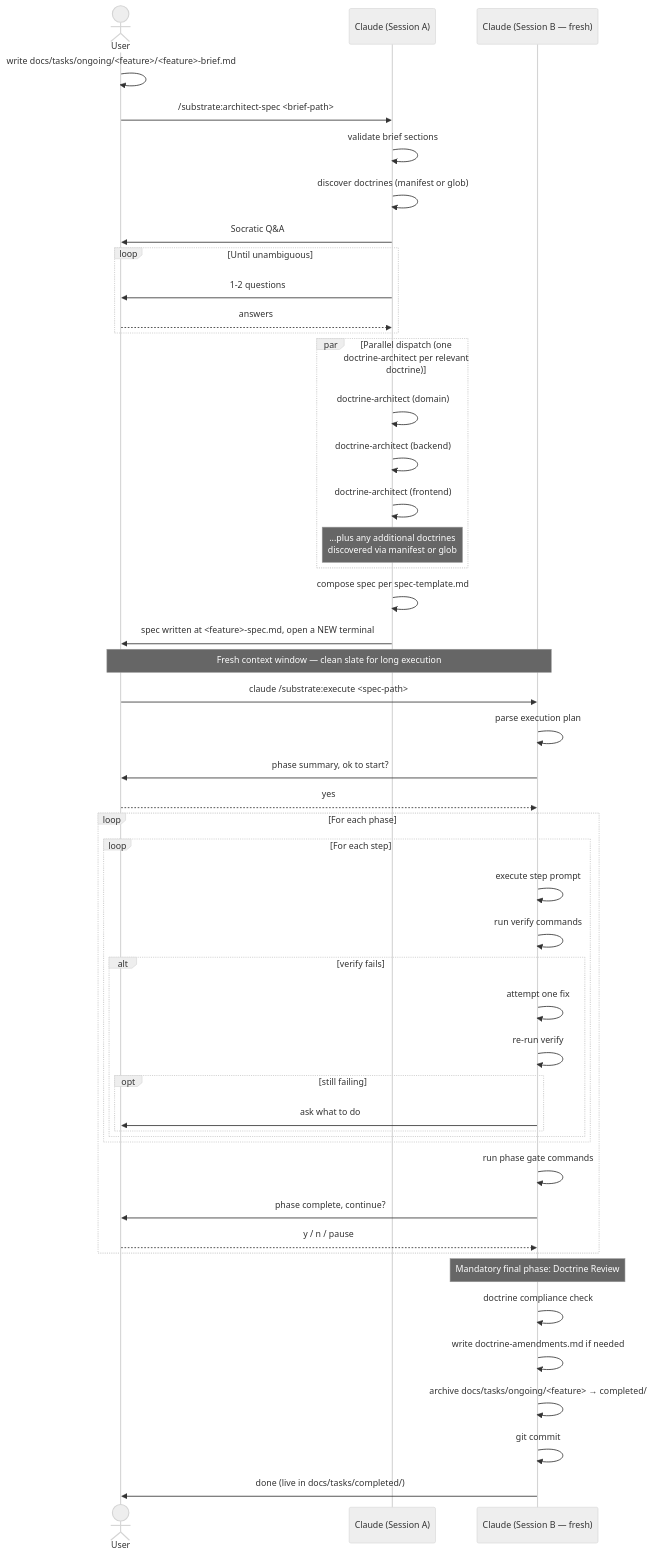
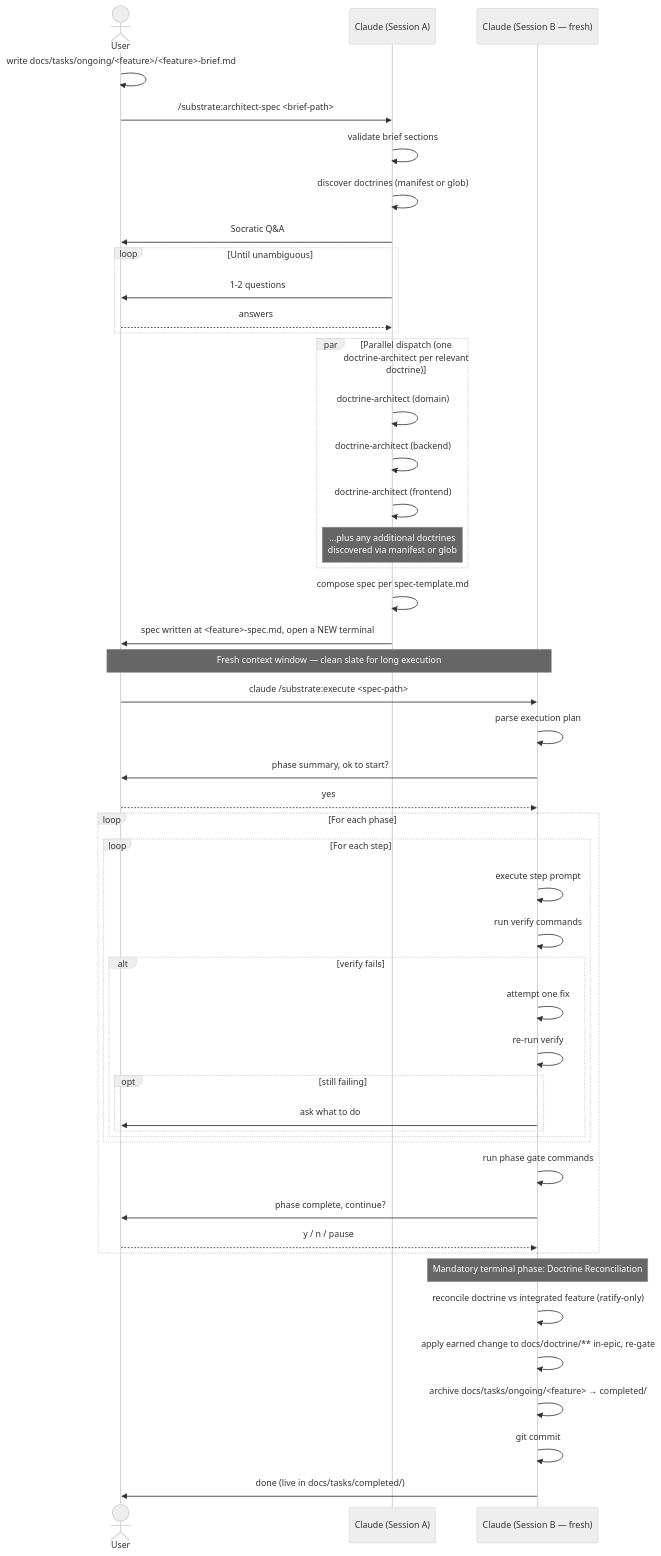
The fourth of 4 diagrams in assets/sequence-diagram.md (metalogica/substrate), drawn with Mermaid (neutral theme) before and after one commit. The commit also changed 1 other file, not shown here.

````diff
--- a/assets/sequence-diagram.md
+++ b/assets/sequence-diagram.md
@@ -160,60 +160,60 @@
 ```mermaid
 sequenceDiagram
     actor User
     participant SessionA as Claude (Session A)
     participant SessionB as Claude (Session B — fresh)
 
     User->>User: write docs/tasks/ongoing/<feature>/<feature>-brief.md
 
     User->>SessionA: /substrate:architect-spec <brief-path>
     SessionA->>SessionA: validate brief sections
     SessionA->>SessionA: discover doctrines (manifest or glob)
     SessionA->>User: Socratic Q&A
 
     loop Until unambiguous
         SessionA->>User: 1-2 questions
         User-->>SessionA: answers
     end
 
     par Parallel dispatch (one doctrine-architect per relevant doctrine)
         SessionA->>SessionA: doctrine-architect (domain)
         SessionA->>SessionA: doctrine-architect (backend)
         SessionA->>SessionA: doctrine-architect (frontend)
         Note over SessionA: ...plus any additional doctrines<br/>discovered via manifest or glob
     end
 
     SessionA->>SessionA: compose spec per spec-template.md
     SessionA->>User: spec written at <feature>-spec.md, open a NEW terminal
 
     Note over User,SessionB: Fresh context window — clean slate for long execution
 
     User->>SessionB: claude /substrate:execute <spec-path>
     SessionB->>SessionB: parse execution plan
     SessionB->>User: phase summary, ok to start?
     User-->>SessionB: yes
 
     loop For each phase
         loop For each step
             SessionB->>SessionB: execute step prompt
             SessionB->>SessionB: run verify commands
             alt verify fails
                 SessionB->>SessionB: attempt one fix
                 SessionB->>SessionB: re-run verify
                 opt still failing
                     SessionB->>User: ask what to do
                 end
             end
         end
         SessionB->>SessionB: run phase gate commands
         SessionB->>User: phase complete, continue?
         User-->>SessionB: y / n / pause
     end
 
-    Note over SessionB: Mandatory final phase: Doctrine Review
+    Note over SessionB: Mandatory terminal phase: Doctrine Reconciliation
 
-    SessionB->>SessionB: doctrine compliance check
-    SessionB->>SessionB: write doctrine-amendments.md if needed
+    SessionB->>SessionB: reconcile doctrine vs integrated feature (ratify-only)
+    SessionB->>SessionB: apply earned change to docs/doctrine/** in-epic, re-gate
     SessionB->>SessionB: archive docs/tasks/ongoing/<feature> → completed/
     SessionB->>SessionB: git commit
     SessionB->>User: done (live in docs/tasks/completed/)
 ```
````
